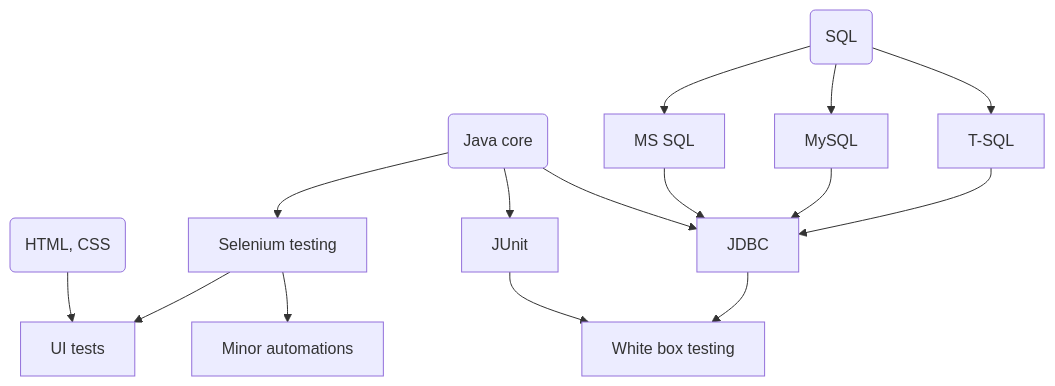
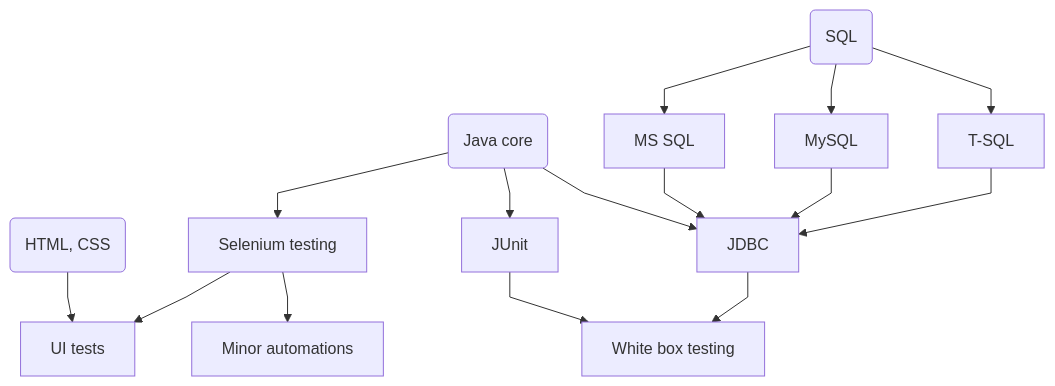
One commit to Eekain/Eekain changed the diagram in README.md. Above: the diagram before and after it, drawn with Mermaid.

````diff
--- a/README.md
+++ b/README.md
@@ -19,10 +19,11 @@
 ```mermaid
+  %%{init: { "flowchart": { "htmlLabels": true, "curve": "linear" } } }%%
   graph TD;
       D(HTML, CSS) --> E[UI tests];
       A(Java core) --> B[Selenium testing];
       B --> E & F[Minor automations];
       C(SQL) --> H[MS SQL] & I[MySQL] & J[T-SQL];
       A --> L[JUnit] --> K[White box testing];
       H --> G[JDBC];
       A & I & J--> G --> K;
 ```
````
